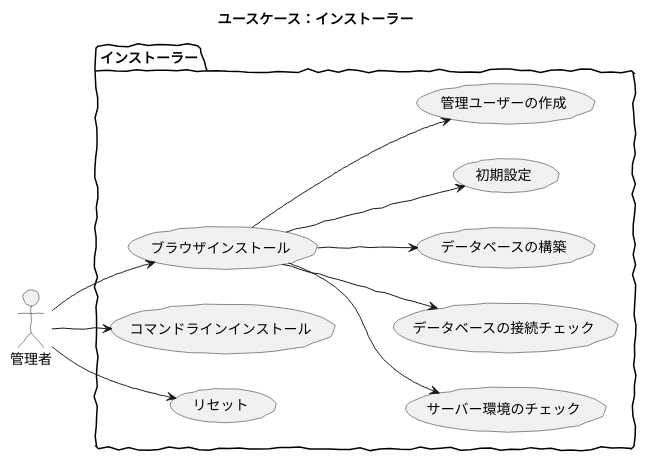
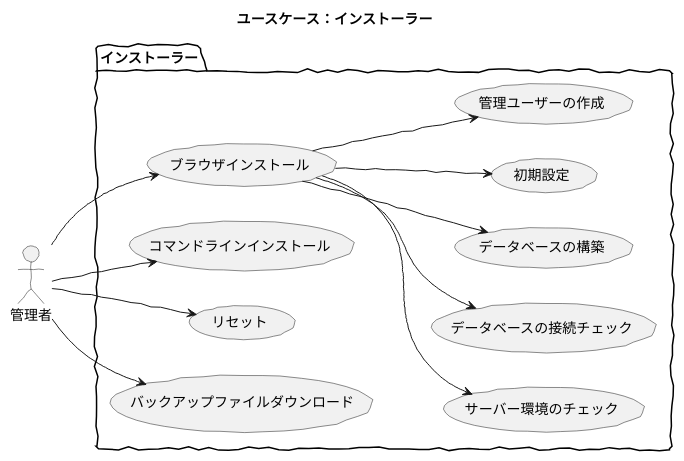
One commit to baserproject/baserproject.github.io changed the diagram in src/puml/5/ucmitz/svg/use_case/installer.puml. Above: the diagram before and after it, drawn with PlantUML. The commit also changed 2 other files, not shown here.

```diff
--- a/src/puml/5/ucmitz/svg/use_case/installer.puml
+++ b/src/puml/5/ucmitz/svg/use_case/installer.puml
@@ -1,22 +1,23 @@
 @startuml
 
 skinparam handwritten true
 skinparam backgroundColor white
 
 title ユースケース：インストーラー
 
 actor 管理者
 
 package インストーラー {
 	left to right direction
 	管理者 -down-> (ブラウザインストール)
 	管理者 -down-> (コマンドラインインストール)
 	(ブラウザインストール) -down-> (サーバー環境のチェック)
 	(ブラウザインストール) -down-> (データベースの接続チェック)
 	(ブラウザインストール) -down-> (データベースの構築)
 	(ブラウザインストール) -down-> (初期設定)
 	(ブラウザインストール) -down-> (管理ユーザーの作成)
 	管理者 -down-> (リセット)
+	管理者 -down-> (バックアップファイルダウンロード)
 }
 
 @enduml
```
